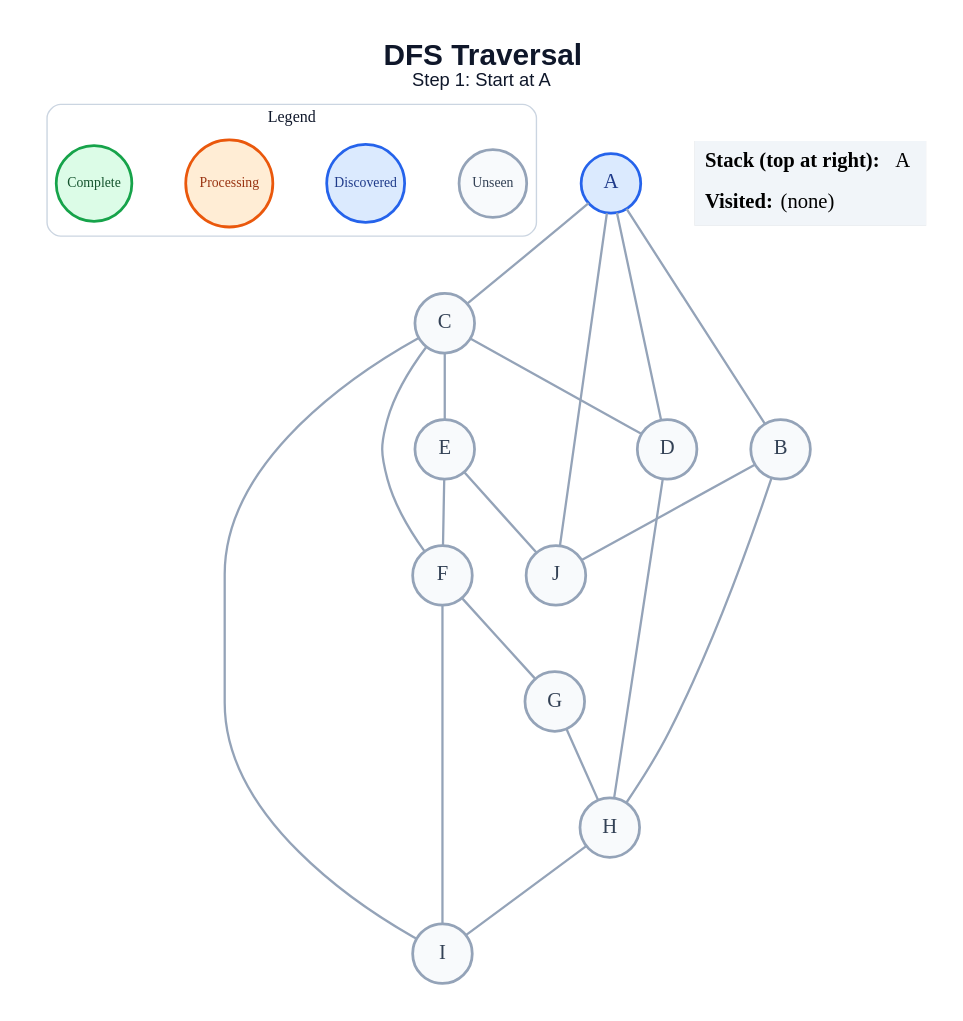
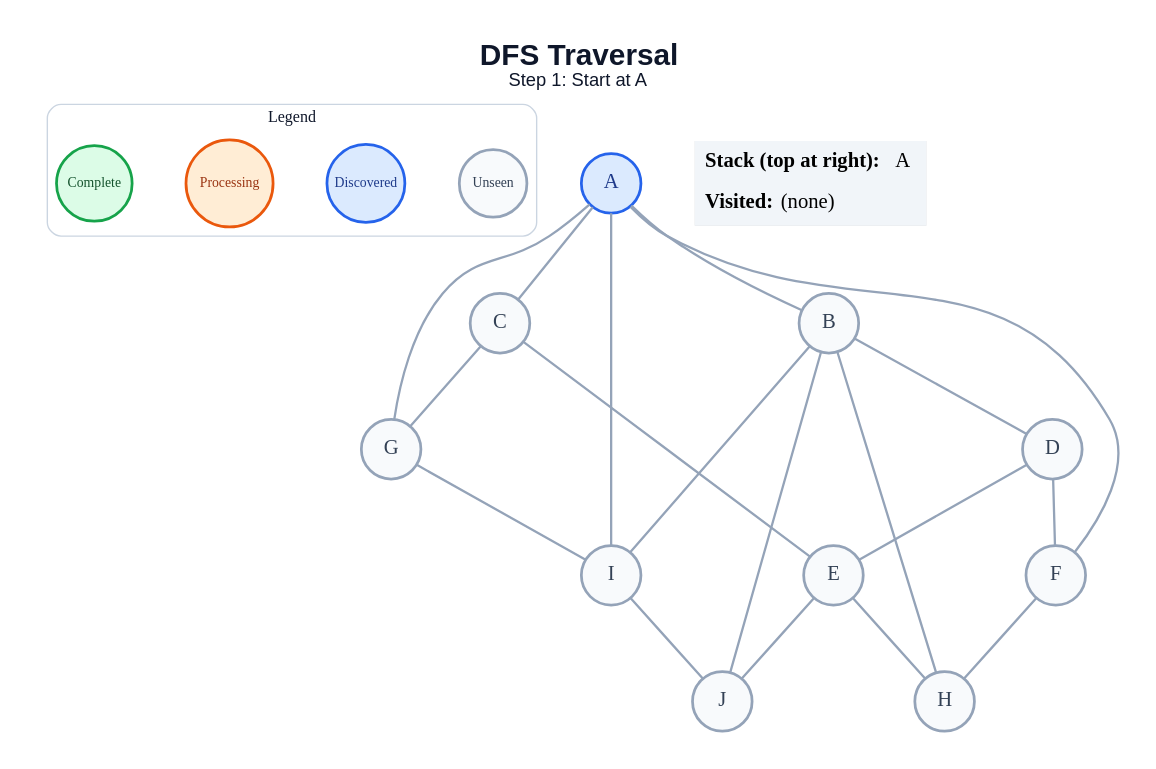
The diagram in generated/dfs/step_01.dot (amanghodawala9/ai-slop), drawn with Graphviz before and after one commit. The commit also changed 178 other files, not shown here.

```diff
--- a/generated/dfs/step_01.dot
+++ b/generated/dfs/step_01.dot
@@ -1,46 +1,47 @@
 graph traversal {
   graph [layout=dot, rankdir=TB, bgcolor="#FFFFFF", pad="0.35", nodesep="0.65", ranksep="0.8", fontname="Arial"];
   node [shape=circle, style="filled", fontname="Arial Bold", fontsize=18, width=0.72, fixedsize=true, penwidth=2.4];
   edge [color="#94A3B8", penwidth=2.0];
   label=<<B>DFS Traversal</B><BR/><FONT POINT-SIZE="16">Step 1: Start at A</FONT>>; labelloc="t"; fontsize=26; fontname="Arial"; fontcolor="#0F172A";
   subgraph cluster_legend { label="Legend"; color="#CBD5E1"; penwidth=1.2; style="rounded"; fontsize=14; fontname="Arial Bold";
     key_unseen [label="Unseen", fillcolor="#F8FAFC", color="#94A3B8", fontcolor="#334155", fontsize=12, width=0.82];
     key_frontier [label="Discovered", fillcolor="#DBEAFE", color="#2563EB", fontcolor="#1E3A8A", fontsize=12, width=0.95];
     key_current [label="Processing", fillcolor="#FFEDD5", color="#EA580C", fontcolor="#9A3412", fontsize=12, width=1.05];
     key_done [label="Complete", fillcolor="#DCFCE7", color="#16A34A", fontcolor="#14532D", fontsize=12, width=0.92];
     { rank=same; key_unseen; key_frontier; key_current; key_done; }
   }
   A [fillcolor="#DBEAFE", color="#2563EB", fontcolor="#1E3A8A"];
   B [fillcolor="#F8FAFC", color="#94A3B8", fontcolor="#334155"];
   C [fillcolor="#F8FAFC", color="#94A3B8", fontcolor="#334155"];
   D [fillcolor="#F8FAFC", color="#94A3B8", fontcolor="#334155"];
   E [fillcolor="#F8FAFC", color="#94A3B8", fontcolor="#334155"];
   F [fillcolor="#F8FAFC", color="#94A3B8", fontcolor="#334155"];
   G [fillcolor="#F8FAFC", color="#94A3B8", fontcolor="#334155"];
   H [fillcolor="#F8FAFC", color="#94A3B8", fontcolor="#334155"];
   I [fillcolor="#F8FAFC", color="#94A3B8", fontcolor="#334155"];
   J [fillcolor="#F8FAFC", color="#94A3B8", fontcolor="#334155"];
   A -- B;
   A -- C;
-  A -- D;
-  A -- J;
+  A -- F;
+  A -- G;
+  A -- I;
+  B -- D;
   B -- H;
+  B -- I;
   B -- J;
-  C -- D;
   C -- E;
-  C -- F;
-  C -- I;
-  D -- H;
-  E -- F;
+  C -- G;
+  D -- E;
+  D -- F;
+  E -- H;
   E -- J;
-  F -- G;
-  F -- I;
-  G -- H;
-  H -- I;
+  F -- H;
+  G -- I;
+  I -- J;
   status [shape=plain, fixedsize=false, width=0, height=0, margin=0, label=<
     <TABLE BORDER="0" CELLBORDER="0" CELLPADDING="7" BGCOLOR="#F1F5F9">
       <TR><TD ALIGN="LEFT"><B>Stack (top at right):</B> A</TD></TR>
       <TR><TD ALIGN="LEFT"><B>Visited:</B> (none)</TD></TR>
     </TABLE>
   >];
 }
```
